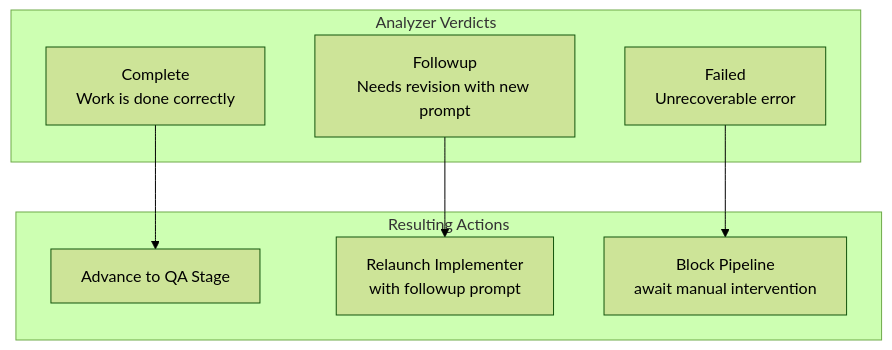
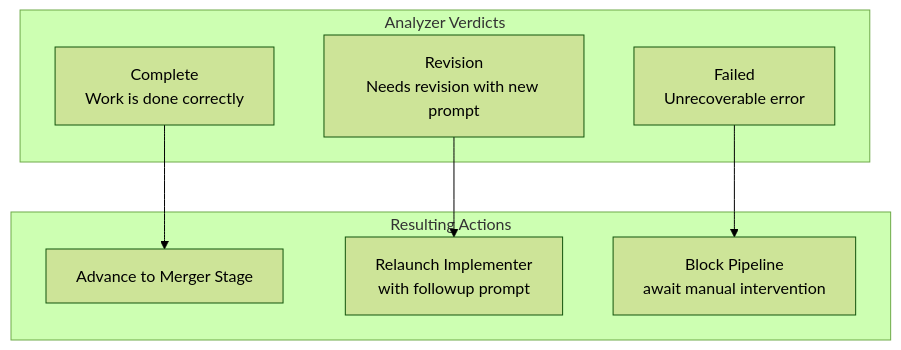
Before and after one commit to mikel-martin-kuik/nolan: the second of 5 diagrams in docs/architecture/01-pipeline-coordination.md, drawn with Mermaid (forest theme). The commit also changed other lines of this file and 67 other files, not shown here.

First line of the commit message:
refactor: Migrate from Cronos/OpenCode to Scheduler-based architecture

````diff
--- a/docs/architecture/01-pipeline-coordination.md
+++ b/docs/architecture/01-pipeline-coordination.md
@@ -66,18 +58,18 @@
 ```mermaid
 flowchart TB
     subgraph Verdicts["Analyzer Verdicts"]
         Complete["Complete<br/>Work is done correctly"]
-        Followup["Followup<br/>Needs revision with new prompt"]
+        Revision["Revision<br/>Needs revision with new prompt"]
         Failed["Failed<br/>Unrecoverable error"]
     end
 
     subgraph Actions["Resulting Actions"]
-        Advance["Advance to QA Stage"]
+        Advance["Advance to Merger Stage"]
         Relaunch["Relaunch Implementer<br/>with followup prompt"]
         Block["Block Pipeline<br/>await manual intervention"]
     end
 
     Complete --> Advance
-    Followup --> Relaunch
+    Revision --> Relaunch
     Failed --> Block
 ```
````
